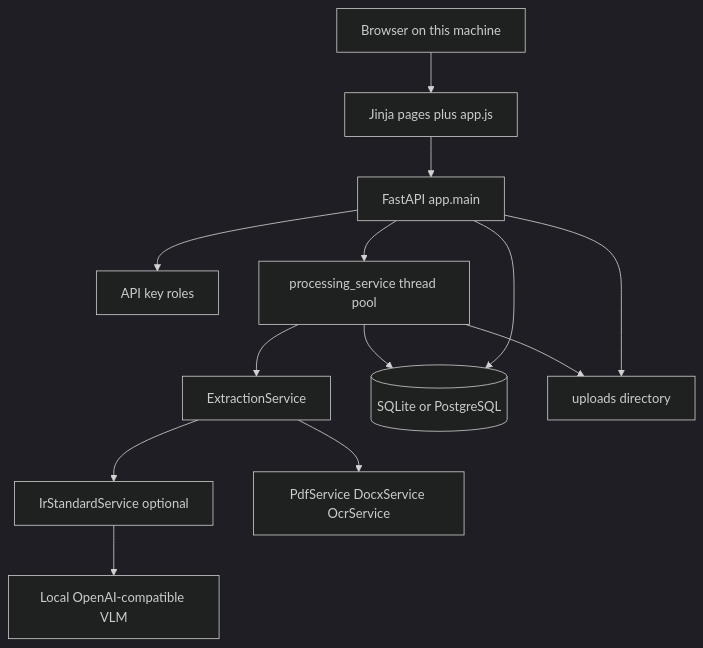
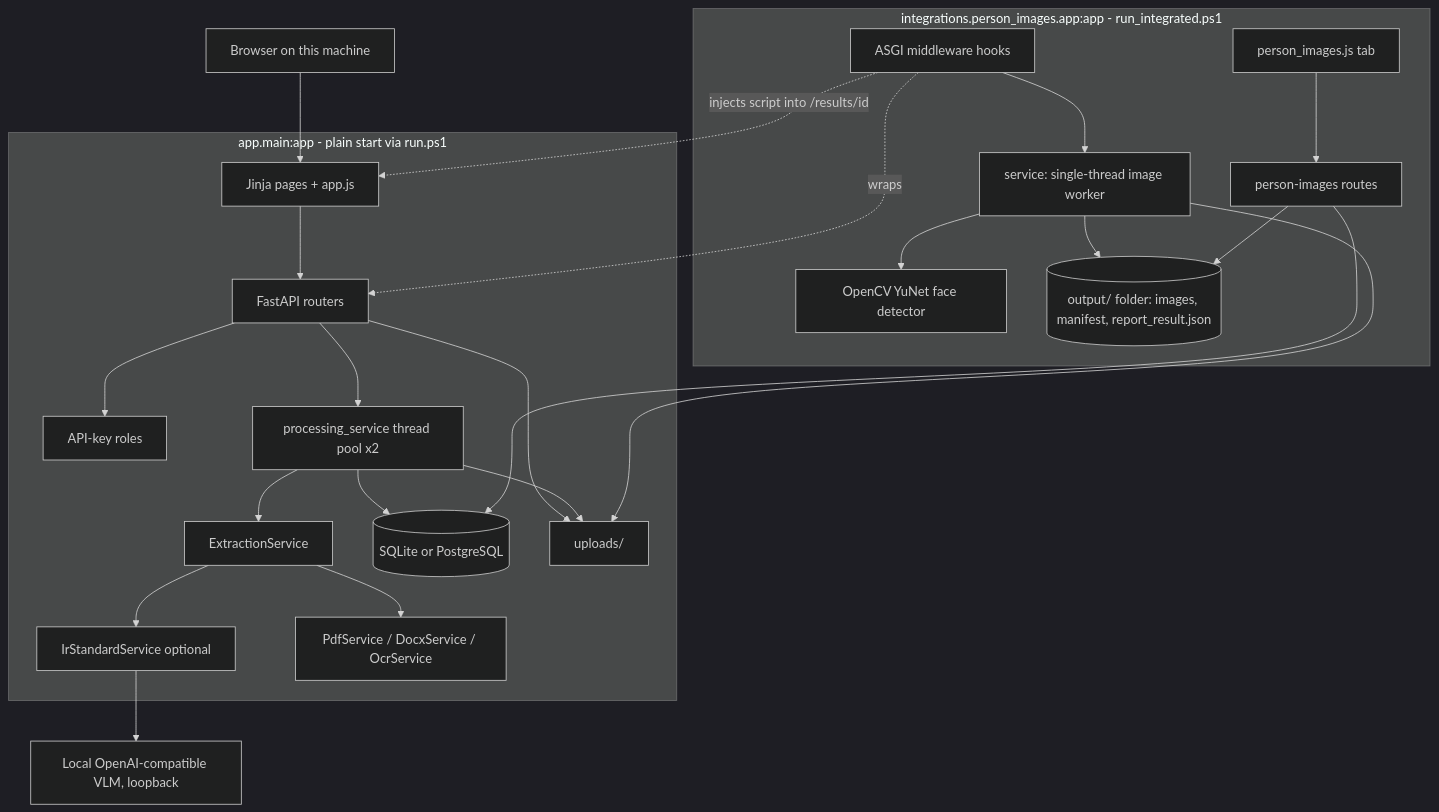
One commit to BCSS-Nandeep/CHARGE_SHEET_OCR changed the first of 4 diagrams in IR_OCR-application-analysis.md. Above: the diagram before and after it, drawn with Mermaid (dark theme). The commit also changed other lines of this file and 1 other file, not shown here.

````diff
--- a/IR_OCR-application-analysis.md
+++ b/IR_OCR-application-analysis.md
@@ -98,27 +114,45 @@
 ```mermaid
 flowchart TD
     USER[Browser on this machine]
-    UI[Jinja pages plus app.js]
-    API[FastAPI app.main]
-    AUTH[API key roles]
-    PROC[processing_service thread pool]
-    EXT[ExtractionService]
-    STD[IrStandardService optional]
-    OCR[PdfService DocxService OcrService]
-    DB[(SQLite or PostgreSQL)]
-    FILES[uploads directory]
-    VLM[Local OpenAI-compatible VLM]
+    subgraph PLAIN[app.main:app - plain start via run.ps1]
+        UI[Jinja pages + app.js]
+        API[FastAPI routers]
+        AUTH[API-key roles]
+        PROC[processing_service thread pool x2]
+        EXT[ExtractionService]
+        STD[IrStandardService optional]
+        OCRS[PdfService / DocxService / OcrService]
+        DB[(SQLite or PostgreSQL)]
+        FILES[uploads/]
+    end
+    subgraph INTEG[integrations.person_images.app:app - run_integrated.ps1]
+        MW[ASGI middleware hooks]
+        ROUTES[person-images routes]
+        TAB[person_images.js tab]
+        PIS[service: single-thread image worker]
+        DET[OpenCV YuNet face detector]
+        OUT[(output/ folder: images, manifest, report_result.json)]
+    end
+    VLM[Local OpenAI-compatible VLM, loopback]
 
     USER --> UI
     UI --> API
     API --> AUTH
     API --> PROC
     PROC --> EXT
     EXT --> STD
     STD --> VLM
-    EXT --> OCR
+    EXT --> OCRS
     PROC --> DB
+    API --> FILES
     PROC --> FILES
-    API --> DB
-    API --> FILES
+    MW -. wraps .-> API
+    MW --> PIS
+    PIS --> FILES
+    PIS --> DET
+    PIS --> OUT
+    ROUTES --> OUT
+    ROUTES --> DB
+    TAB --> ROUTES
+    MW -. injects script into /results/id .-> UI
 ```
````
